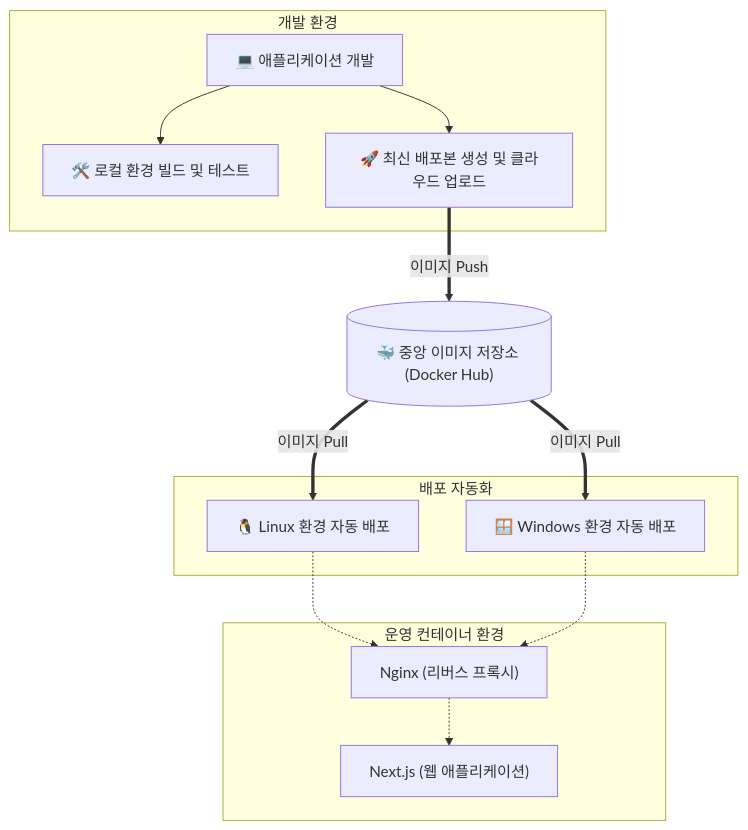
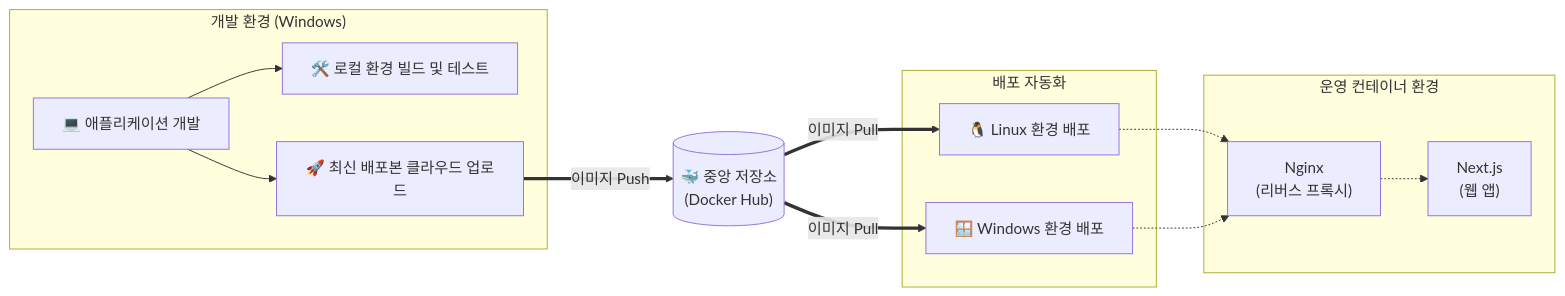
The diagram in Technical_Document.md (hugingstar/EnglishYoutube), drawn with Mermaid before and after one commit. The commit also changed other lines of this file and 2 other files, not shown here.

Commit message:
Update tech docs with detailed architecture and landscape PDF format

````diff
--- a/Technical_Document.md
+++ b/Technical_Document.md
@@ -18,27 +25,27 @@
 ```mermaid
-flowchart TD
-    subgraph Developer["개발 환경"]
+flowchart LR
+    subgraph Developer["개발 환경 (Windows)"]
         Code["💻 애플리케이션 개발"]
         Code --> BuildBat["🛠️ 로컬 환경 빌드 및 테스트"]
-        Code --> PushPS["🚀 최신 배포본 생성 및 클라우드 업로드"]
+        Code --> PushPS["🚀 최신 배포본 클라우드 업로드"]
     end
 
-    Hub[("🐳 중앙 이미지 저장소 (Docker Hub)")]
+    Hub[("🐳 중앙 저장소\n(Docker Hub)")]
     PushPS == "이미지 Push" ==> Hub
 
     subgraph Deployment["배포 자동화"]
-        DeployWin["🪟 Windows 환경 자동 배포"]
-        DeployLin["🐧 Linux 환경 자동 배포"]
+        DeployWin["🪟 Windows 환경 배포"]
+        DeployLin["🐧 Linux 환경 배포"]
     end
 
     Hub == "이미지 Pull" ==> DeployWin
     Hub == "이미지 Pull" ==> DeployLin
 
     subgraph Server["운영 컨테이너 환경"]
-        Nginx["Nginx (리버스 프록시)"]
-        NextJS["Next.js (웹 애플리케이션)"]
+        Nginx["Nginx\n(리버스 프록시)"]
+        NextJS["Next.js\n(웹 앱)"]
         DeployLin -.-> Nginx
         DeployWin -.-> Nginx
         Nginx -.-> NextJS
     end
 ```
````
